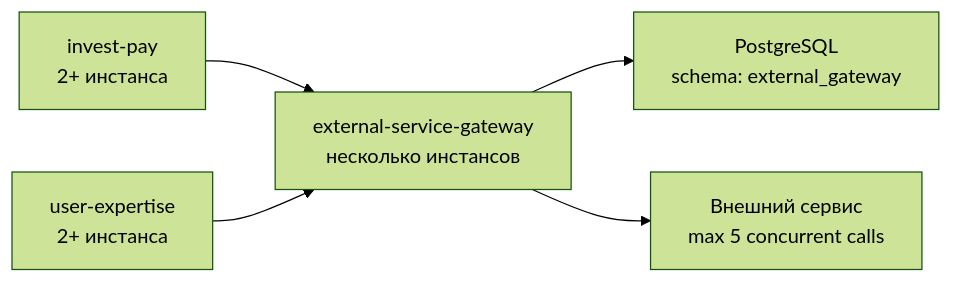
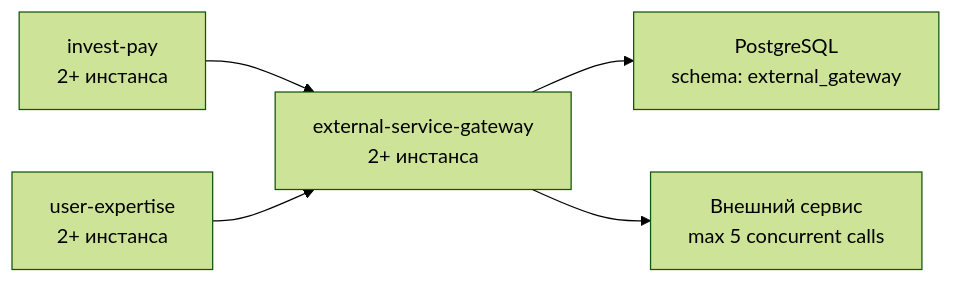
Before and after one commit to DenisVanin4402/TestQwenCli: the first of 11 diagrams in docs/external-service-gateway/README.md, drawn with Mermaid (forest theme). The commit also changed other lines of this file and 11 other files, not shown here.

````diff
--- a/docs/external-service-gateway/README.md
+++ b/docs/external-service-gateway/README.md
@@ -32,7 +33,7 @@
 ```mermaid
 flowchart LR
-    Invest["invest-pay\n2+ инстанса"] --> Gateway["external-service-gateway\nнесколько инстансов"]
+    Invest["invest-pay\n2+ инстанса"] --> Gateway["external-service-gateway\n2+ инстанса"]
     Expertise["user-expertise\n2+ инстанса"] --> Gateway
     Gateway --> Pg["PostgreSQL\nschema: external_gateway"]
     Gateway --> External["Внешний сервис\nmax 5 concurrent calls"]
 ```
````
